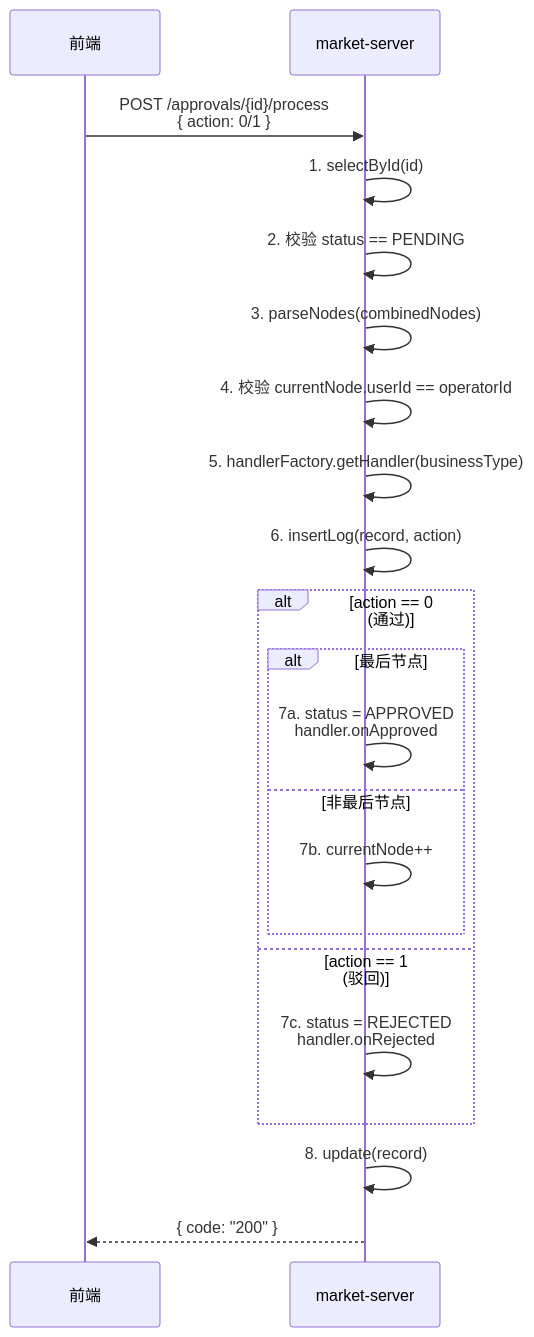
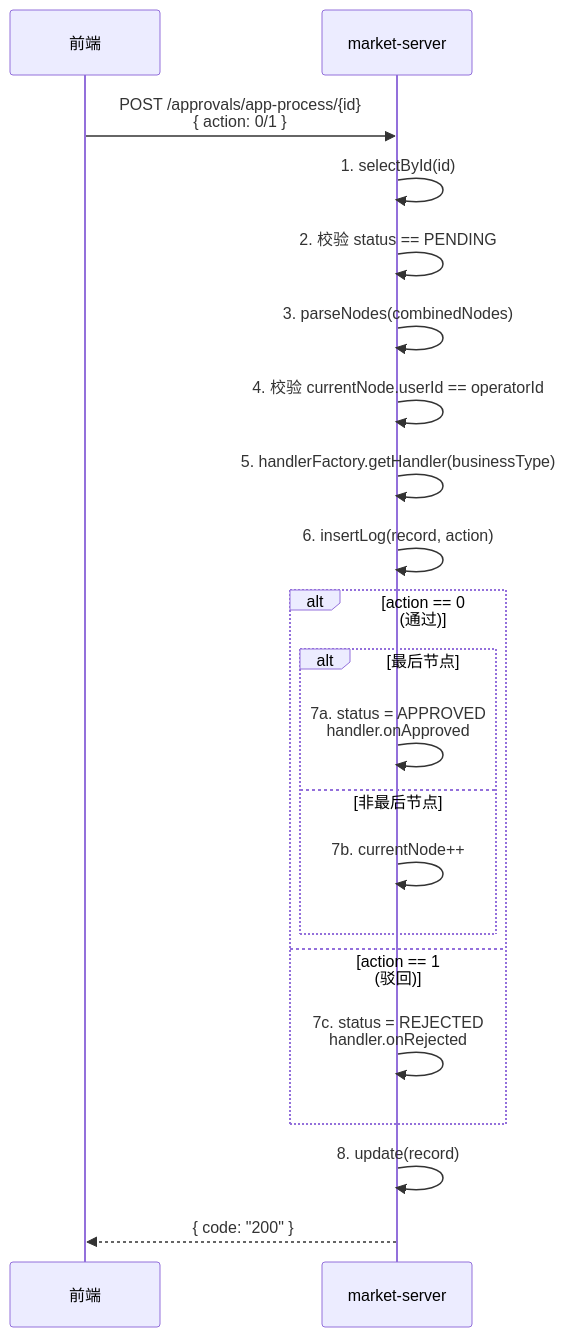
One commit to THZSummer/open-app changed the sixth of 7 diagrams in docs/market-server/approval-management-requirement.md. Above: the diagram before and after it, drawn with Mermaid. The commit also changed other lines of this file and 1 other file, not shown here.

````diff
--- a/docs/market-server/approval-management-requirement.md
+++ b/docs/market-server/approval-management-requirement.md
@@ -520,24 +542,24 @@
 ```mermaid
 sequenceDiagram
     participant FE as 前端
     participant MS as market-server
 
-    FE->>MS: POST /approvals/{id}/process<br/>{ action: 0/1 }
+    FE->>MS: POST /approvals/app-process/{id}<br/>{ action: 0/1 }
     MS->>MS: 1. selectById(id)
     MS->>MS: 2. 校验 status == PENDING
     MS->>MS: 3. parseNodes(combinedNodes)
     MS->>MS: 4. 校验 currentNode.userId == operatorId
     MS->>MS: 5. handlerFactory.getHandler(businessType)
     MS->>MS: 6. insertLog(record, action)
     alt action == 0 (通过)
         alt 最后节点
             MS->>MS: 7a. status = APPROVED<br/>handler.onApproved
         else 非最后节点
             MS->>MS: 7b. currentNode++
         end
     else action == 1 (驳回)
         MS->>MS: 7c. status = REJECTED<br/>handler.onRejected
     end
     MS->>MS: 8. update(record)
     MS-->>FE: { code: "200" }
 ```
````
